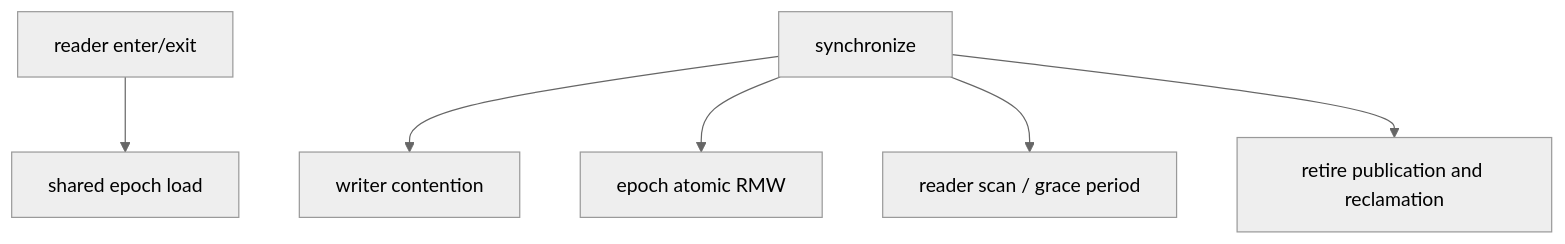
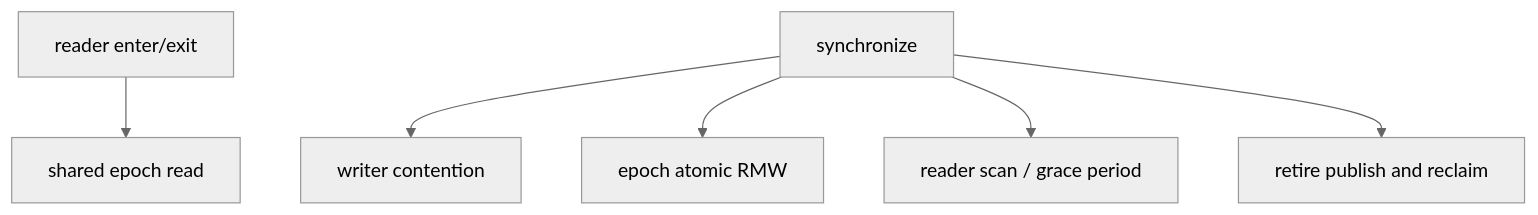
The diagram in docs/benchmark/benchmark.md (Sukanle/ABIX), drawn with Mermaid (neutral theme) before and after one commit. The commit also changed other lines of this file and 1 other file, not shown here.

````diff
--- a/docs/benchmark/benchmark.md
+++ b/docs/benchmark/benchmark.md
@@ -112,8 +340,8 @@
 ```mermaid
 graph TD
-    A[reader enter/exit] --> B[shared epoch load]
+    A[reader enter/exit] --> B[shared epoch read]
     C[synchronize] --> D[writer contention]
     C --> E[epoch atomic RMW]
     C --> F[reader scan / grace period]
-    C --> G[retire publication and reclamation]
+    C --> G[retire publish and reclaim]
 ```
````
